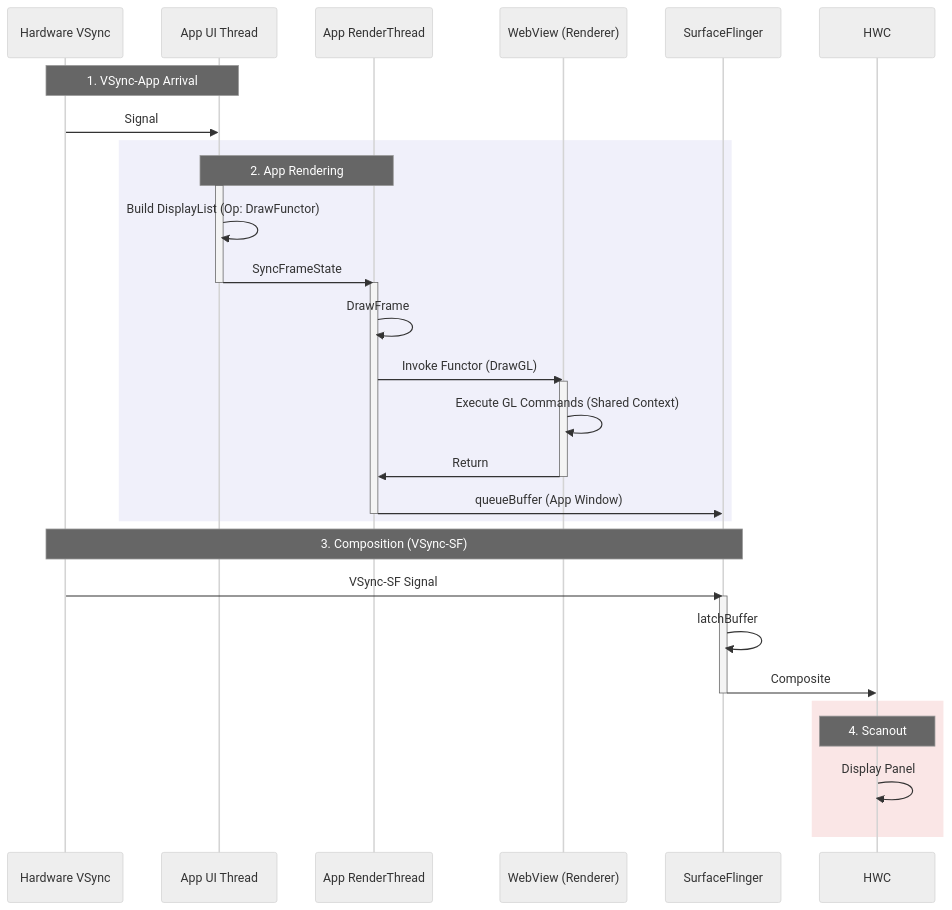
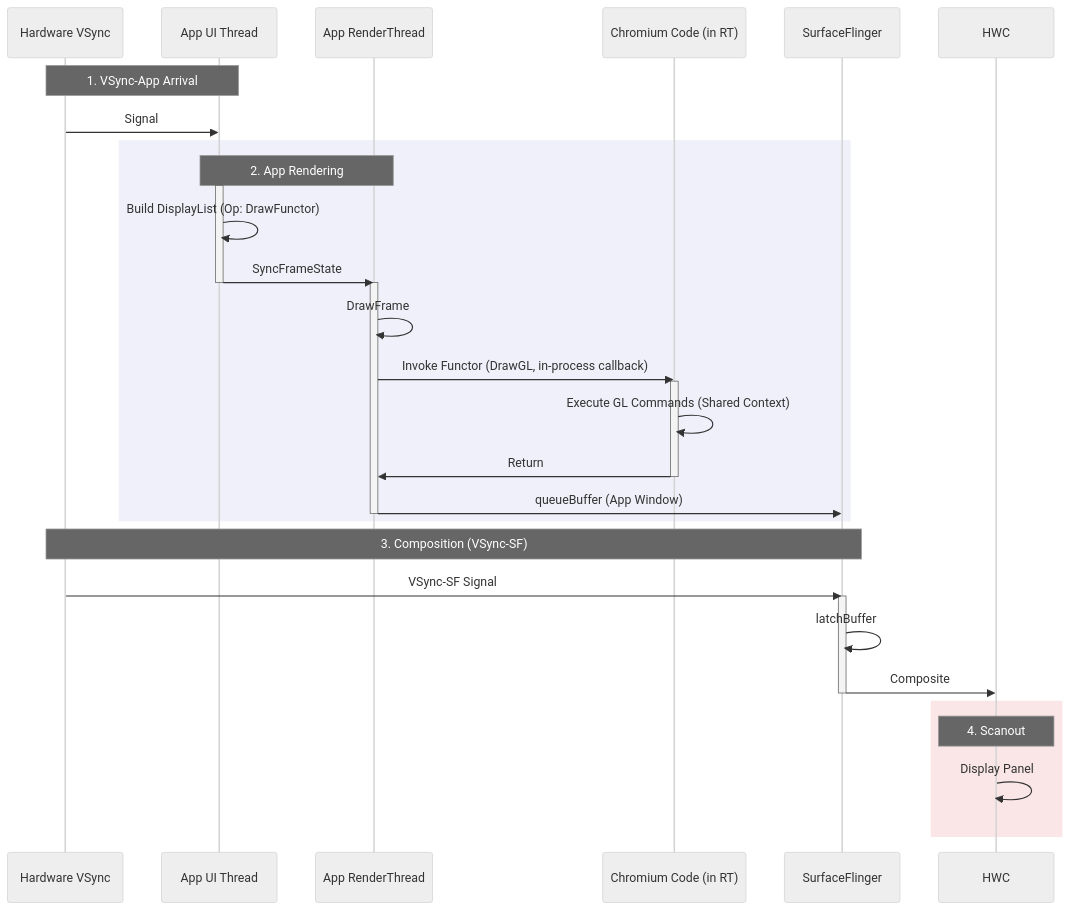
Before and after one commit to Gracker/SmartPerfetto: the diagram in docs/rendering_pipelines/webview_gl_functor.md, drawn with Mermaid (neutral theme). The commit also changed other lines of this file and 78 other files, not shown here.

````diff
--- a/docs/rendering_pipelines/webview_gl_functor.md
+++ b/docs/rendering_pipelines/webview_gl_functor.md
@@ -52,48 +53,48 @@
 ```mermaid
 sequenceDiagram
     participant HW as Hardware VSync
     participant UI as App UI Thread
     participant RT as App RenderThread
-    participant WP as WebView (Renderer)
+    participant WP as Chromium Code (in RT)
     participant SF as SurfaceFlinger
     participant HWC as HWC
 
     %% 1. VSync
     Note over HW, UI: 1. VSync-App Arrival
     HW->>UI: Signal
     
     %% 2. App Process
     rect rgb(240, 240, 250)
         Note over UI, RT: 2. App Rendering
         activate UI
         UI->>UI: Build DisplayList (Op: DrawFunctor)
         UI->>RT: SyncFrameState
         deactivate UI
         
         activate RT
         RT->>RT: DrawFrame
-        RT->>WP: Invoke Functor (DrawGL)
+        RT->>WP: Invoke Functor (DrawGL, in-process callback)
         
         activate WP
         WP->>WP: Execute GL Commands (Shared Context)
         WP->>RT: Return
         deactivate WP
         
         RT->>SF: queueBuffer (App Window)
         deactivate RT
     end
 
     %% 3. Composition
     Note over HW, SF: 3. Composition (VSync-SF)
     HW->>SF: VSync-SF Signal
     activate SF
     SF->>SF: latchBuffer
     SF->>HWC: Composite
     deactivate SF
 
     %% 4. Display
     rect rgb(250, 230, 230)
         Note over HWC: 4. Scanout
         HWC->>HWC: Display Panel
     end
 ```
````
